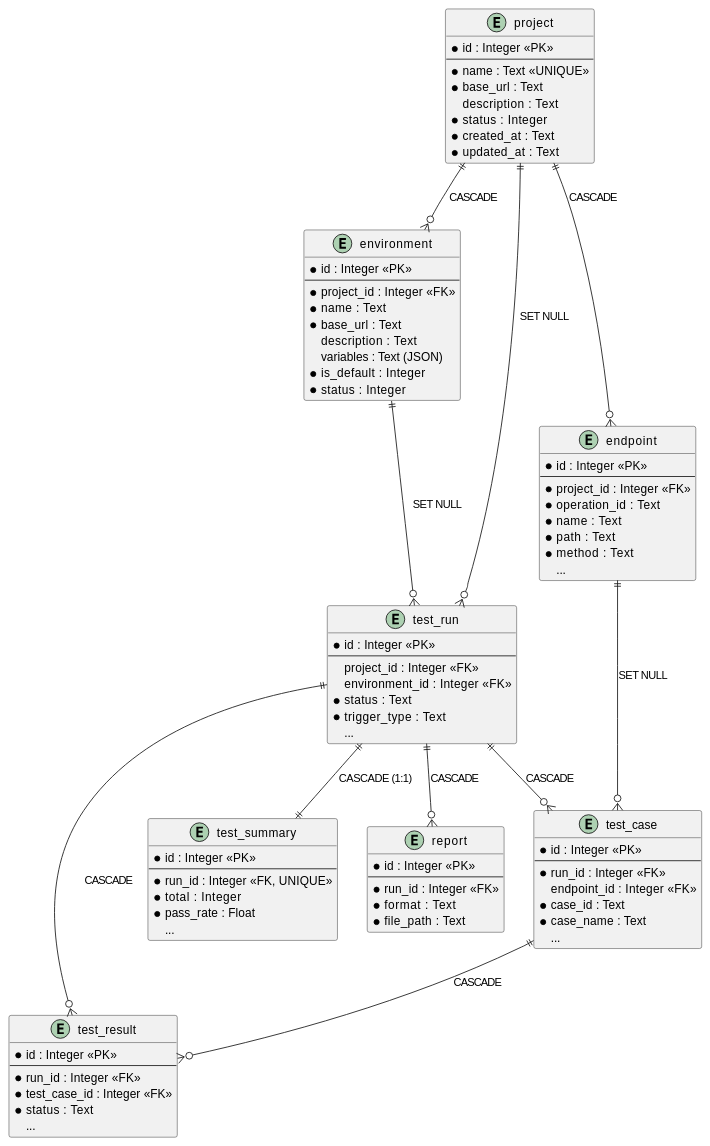
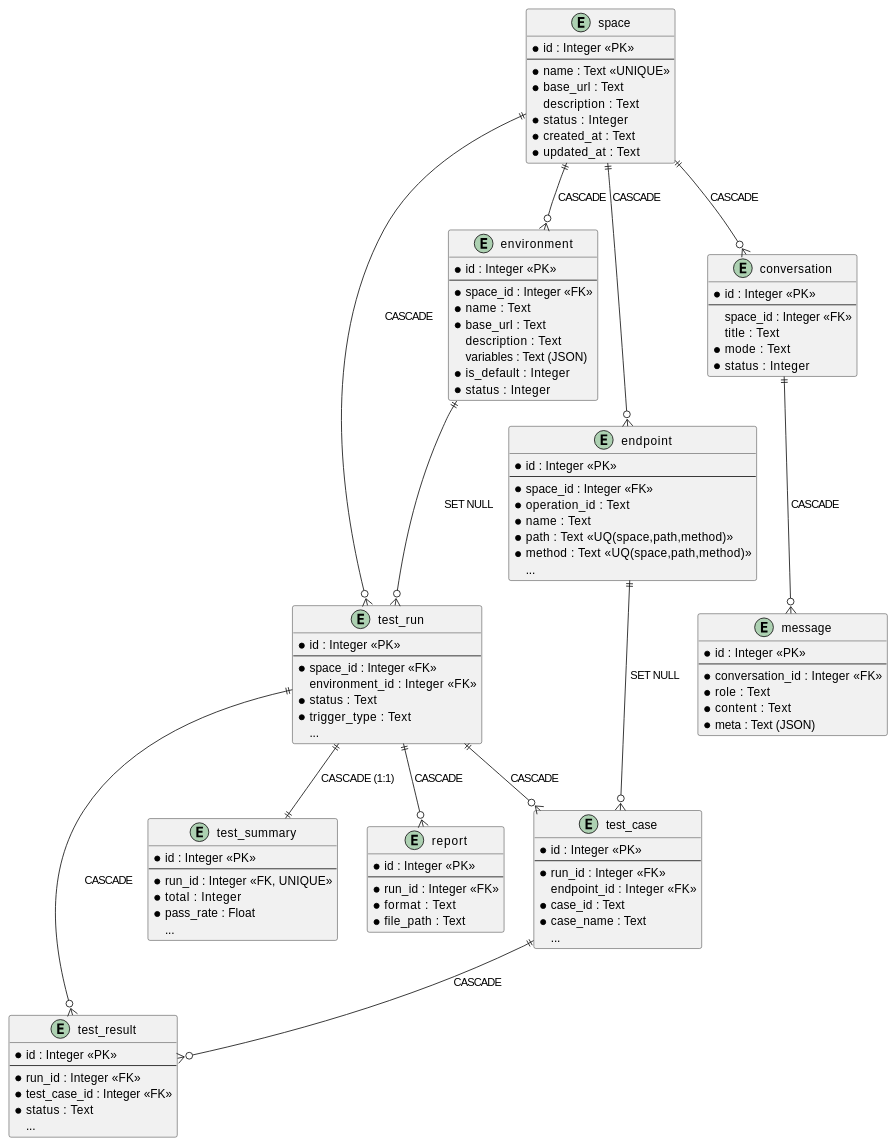
Before and after one commit to cmrhyq/LLMTestAgent: the first of 2 diagrams in doc/design/ER.md, drawn with PlantUML. The commit also changed other lines of this file and 19 other files, not shown here.

Commit message:
Update the project name to TestAgents

````diff
--- a/doc/design/ER.md
+++ b/doc/design/ER.md
@@ -16,6 +12,6 @@
 ```plantuml
 @startuml er-diagram
-entity "project" as project {
+entity "space" as space {
   * id : Integer <<PK>>
   --
   * name : Text <<UNIQUE>>
@@ -29,7 +25,7 @@
 entity "environment" as environment {
   * id : Integer <<PK>>
   --
-  * project_id : Integer <<FK>>
+  * space_id : Integer <<FK>>
   * name : Text
   * base_url : Text
   description : Text
@@ -41,18 +37,18 @@
 entity "endpoint" as endpoint {
   * id : Integer <<PK>>
   --
-  * project_id : Integer <<FK>>
+  * space_id : Integer <<FK>>
   * operation_id : Text
   * name : Text
-  * path : Text
-  * method : Text
+  * path : Text <<UQ(space,path,method)>>
+  * method : Text <<UQ(space,path,method)>>
   ...
 }
 
 entity "test_run" as test_run {
   * id : Integer <<PK>>
   --
-  project_id : Integer <<FK>>
+  * space_id : Integer <<FK>>
   environment_id : Integer <<FK>>
   * status : Text
   * trigger_type : Text
@@ -95,9 +91,28 @@
   * file_path : Text
 }
 
-project ||--o{ environment : "CASCADE"
-project ||--o{ endpoint : "CASCADE"
-project ||--o{ test_run : "SET NULL"
+entity "conversation" as conversation {
+  * id : Integer <<PK>>
+  --
+  space_id : Integer <<FK>>
+  title : Text
+  * mode : Text
+  * status : Integer
+}
+
+entity "message" as message {
+  * id : Integer <<PK>>
+  --
+  * conversation_id : Integer <<FK>>
+  * role : Text
+  * content : Text
+  * meta : Text (JSON)
+}
+
+space ||--o{ environment : "CASCADE"
+space ||--o{ endpoint : "CASCADE"
+space ||--o{ test_run : "CASCADE"
+space ||--o{ conversation : "CASCADE"
 environment ||--o{ test_run : "SET NULL"
 test_run ||--o{ test_case : "CASCADE"
 test_run ||--o{ test_result : "CASCADE"
@@ -105,5 +120,6 @@
 test_run ||--o{ report : "CASCADE"
 endpoint ||--o{ test_case : "SET NULL"
 test_case ||--o{ test_result : "CASCADE"
+conversation ||--o{ message : "CASCADE"
 @enduml
 ```
````
